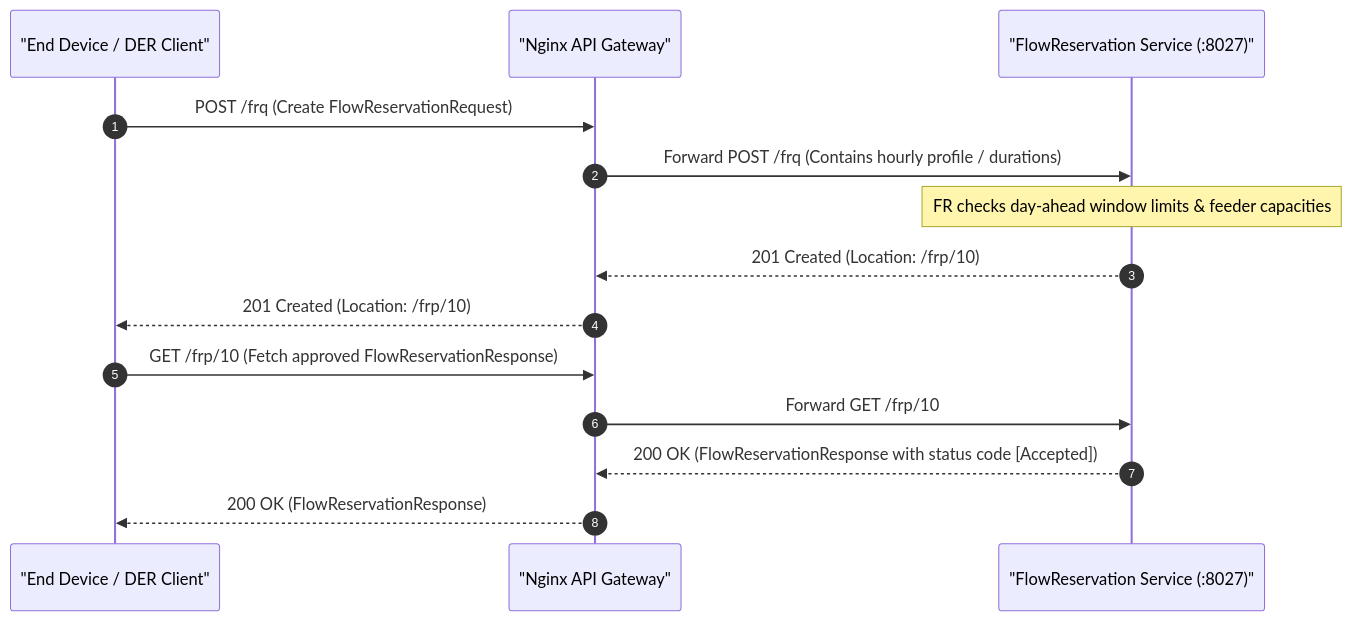
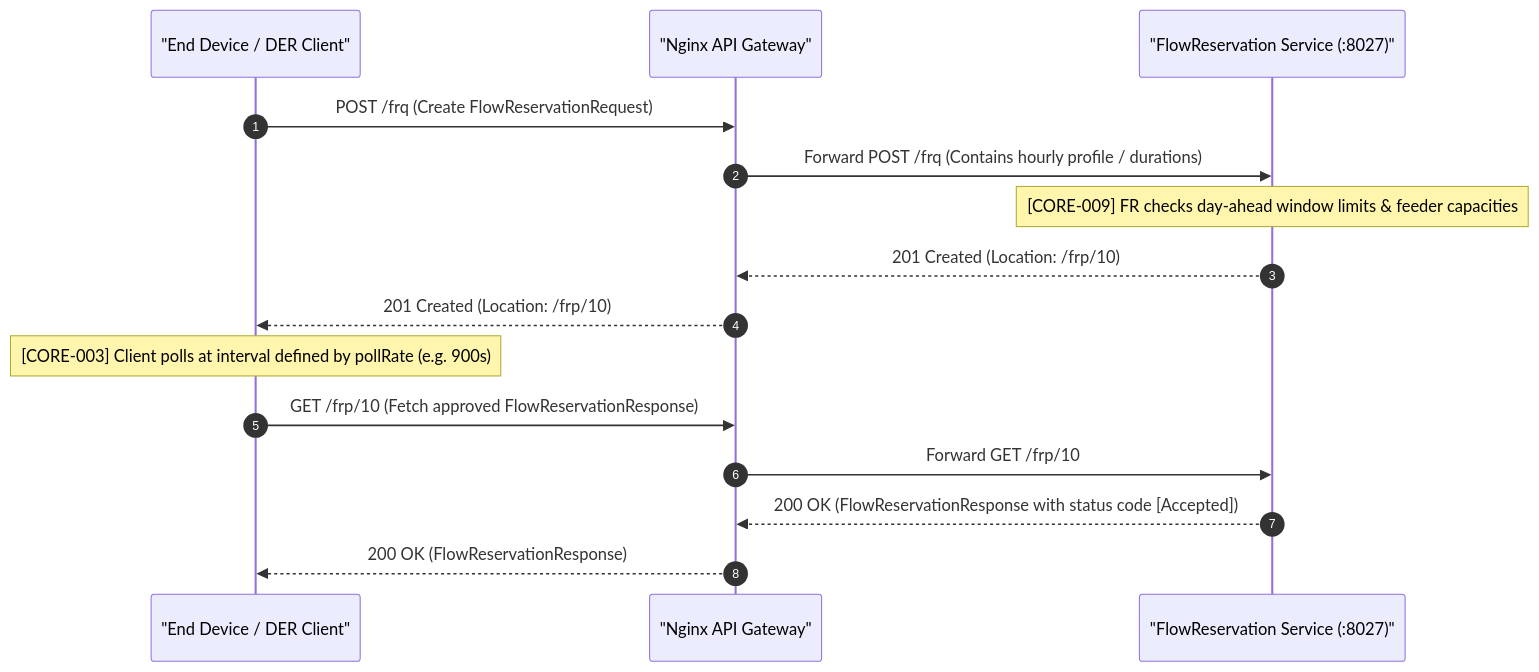
One commit to Tylores/egot changed the second of 6 diagrams in lifecycles/energy_scheduling.md. Above: the diagram before and after it, drawn with Mermaid. The commit also changed other lines of this file and 68 other files, not shown here.

Commit message:
refactor: migrate to microservices architecture, add validation tools and scenario tests

````diff
--- a/lifecycles/energy_scheduling.md
+++ b/lifecycles/energy_scheduling.md
@@ -42,18 +59,19 @@
 ```mermaid
 sequenceDiagram
     autonumber
     participant Client as "End Device / DER Client"
     participant GW as "Nginx API Gateway"
     participant FR as "FlowReservation Service (:8027)"
 
     Client->>GW: POST /frq (Create FlowReservationRequest)
     GW->>FR: Forward POST /frq (Contains hourly profile / durations)
-    Note over FR: FR checks day-ahead window limits & feeder capacities
+    Note over FR: [CORE-009] FR checks day-ahead window limits & feeder capacities
     FR-->>GW: 201 Created (Location: /frp/10)
     GW-->>Client: 201 Created (Location: /frp/10)
 
+    Note over Client: [CORE-003] Client polls at interval defined by pollRate (e.g. 900s)
     Client->>GW: GET /frp/10 (Fetch approved FlowReservationResponse)
     GW->>FR: Forward GET /frp/10
     FR-->>GW: 200 OK (FlowReservationResponse with status code [Accepted])
     GW-->>Client: 200 OK (FlowReservationResponse)
 ```
````
